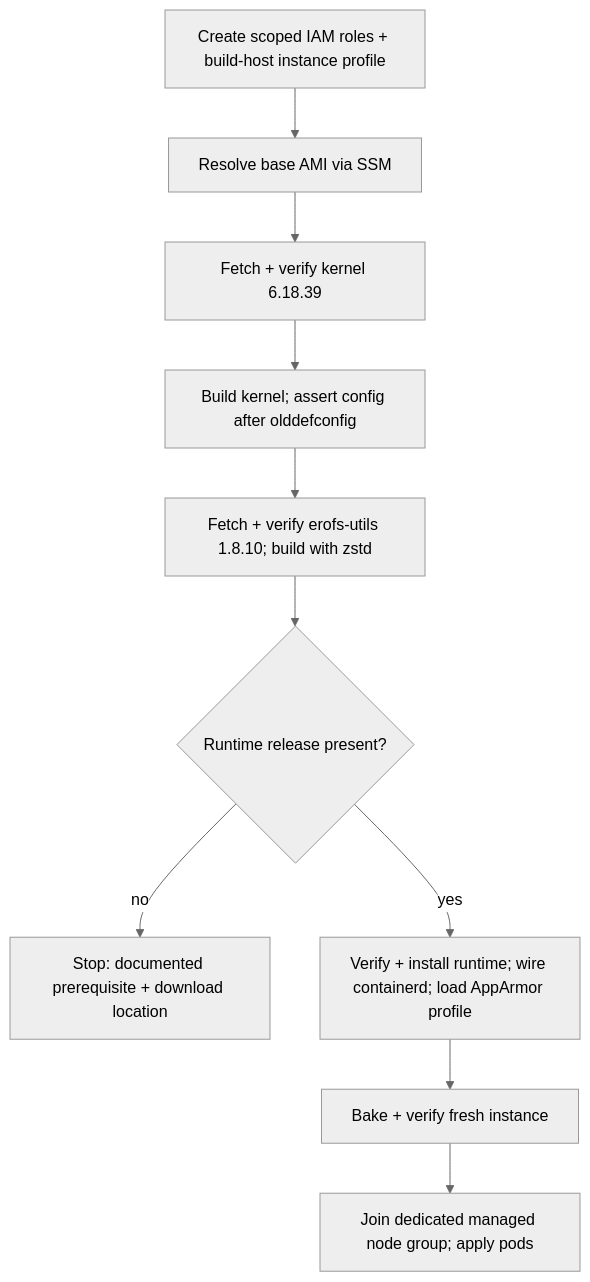
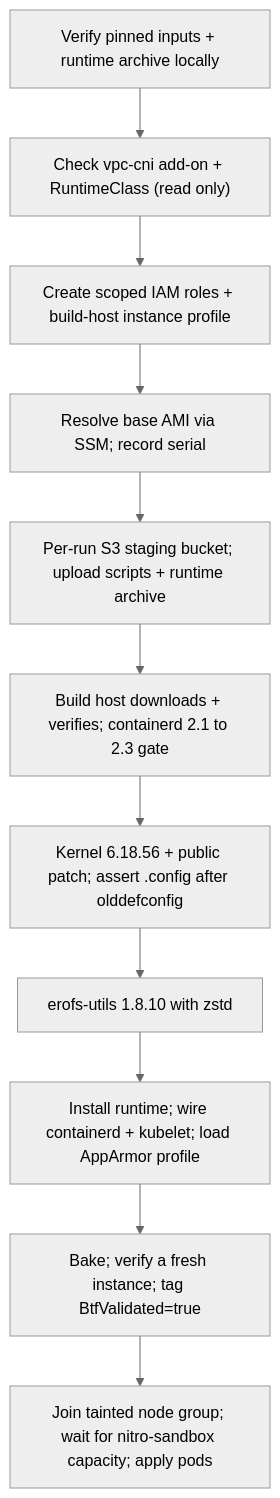
One commit to aws-samples/sample-eks-nitro-sandbox changed the second of 2 diagrams in examples/setup/ubuntu-ami/README.md. Above: the diagram before and after it, drawn with Mermaid (neutral theme). The commit also changed other lines of this file and 37 other files, not shown here.

````diff
--- a/examples/setup/ubuntu-ami/README.md
+++ b/examples/setup/ubuntu-ami/README.md
@@ -235,12 +264,13 @@
 ```mermaid
 flowchart TB
-  Z["Create scoped IAM roles + build-host instance profile"] --> A["Resolve base AMI via SSM"]
-  A --> B["Fetch + verify kernel 6.18.39"]
-  B --> C["Build kernel; assert config after olddefconfig"]
-  C --> D["Fetch + verify erofs-utils 1.8.10; build with zstd"]
-  D --> E{"Runtime release present?"}
-  E -- "no" --> F["Stop: documented prerequisite + download location"]
-  E -- "yes" --> G["Verify + install runtime; wire containerd; load AppArmor profile"]
-  G --> H["Bake + verify fresh instance"]
-  H --> I["Join dedicated managed node group; apply pods"]
+  P["Verify pinned inputs + runtime archive locally"] --> Q["Check vpc-cni add-on + RuntimeClass (read only)"]
+  Q --> Z["Create scoped IAM roles + build-host instance profile"]
+  Z --> A["Resolve base AMI via SSM; record serial"]
+  A --> S["Per-run S3 staging bucket; upload scripts + runtime archive"]
+  S --> B["Build host downloads + verifies; containerd 2.1 to 2.3 gate"]
+  B --> C["Kernel 6.18.56 + public patch; assert .config after olddefconfig"]
+  C --> D["erofs-utils 1.8.10 with zstd"]
+  D --> G["Install runtime; wire containerd + kubelet; load AppArmor profile"]
+  G --> H["Bake; verify a fresh instance; tag BtfValidated=true"]
+  H --> I["Join tainted node group; wait for nitro-sandbox capacity; apply pods"]
 ```
````
